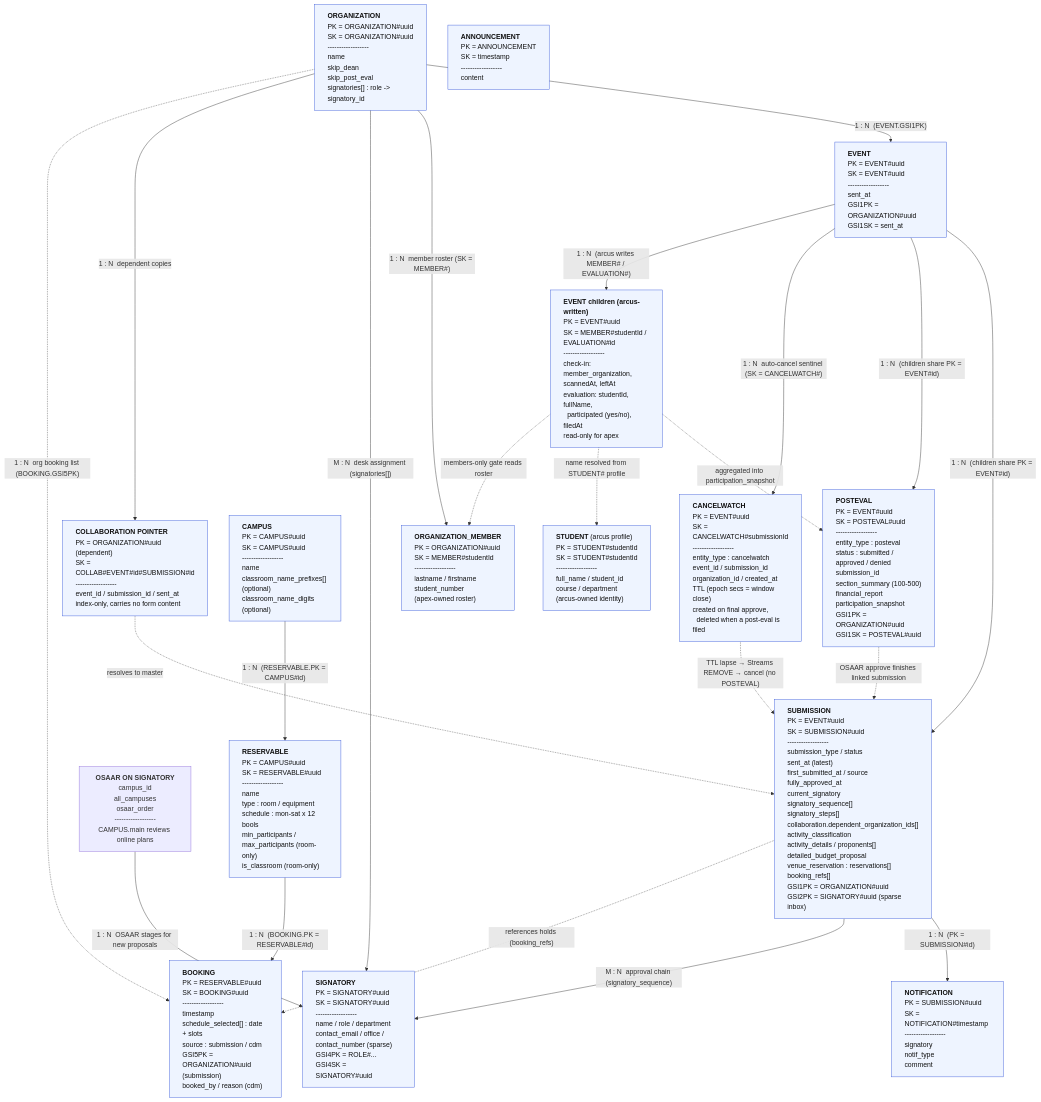
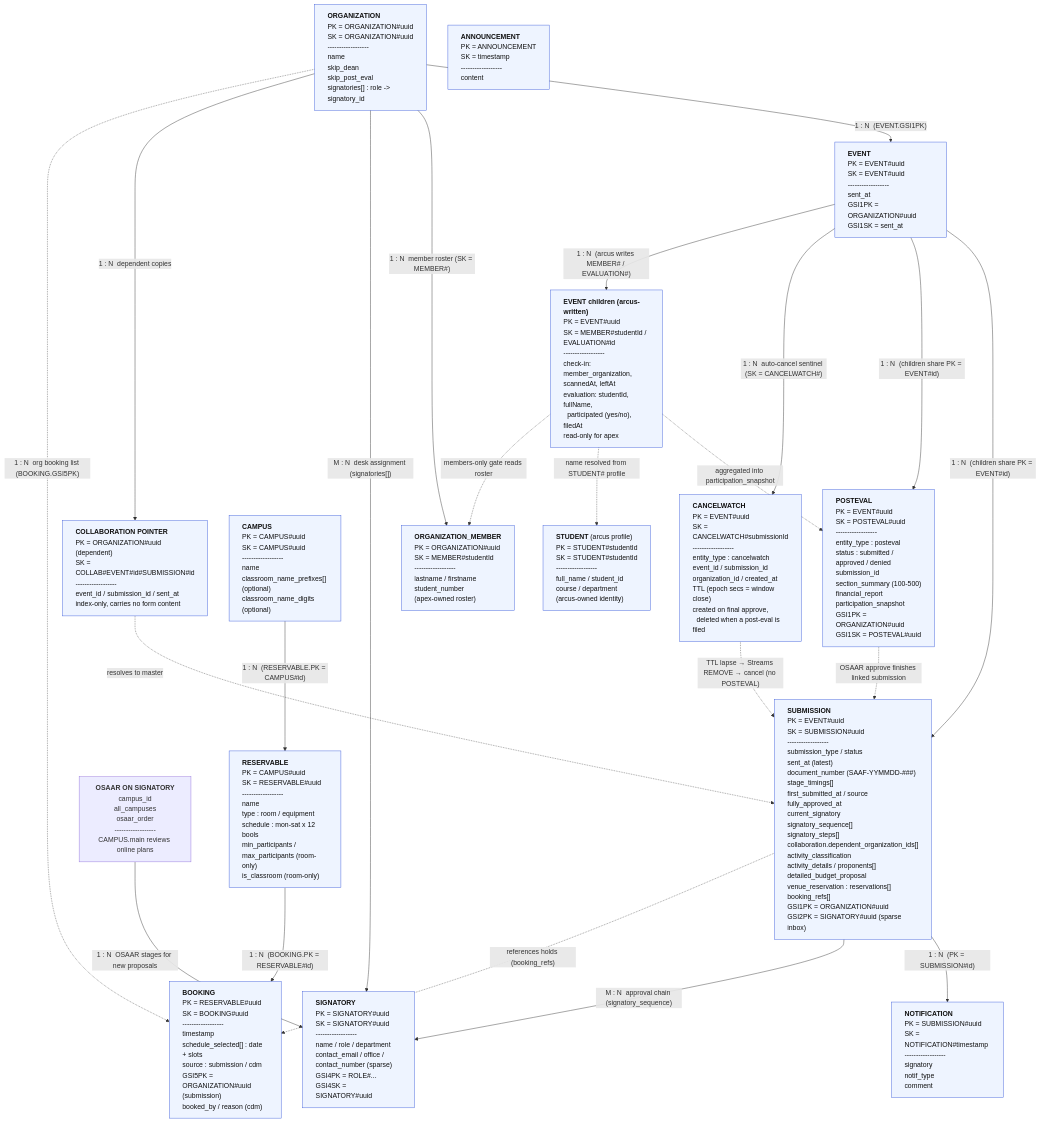
The diagram in docs/erd/erd.mmd (nomorepinto/mapua-apex), drawn with Mermaid before and after one commit. The commit also changed 30 other files, not shown here.

First line of the commit message:
Assign sequential SAAF document numbers and record per-desk turnaround.

```diff
--- a/docs/erd/erd.mmd
+++ b/docs/erd/erd.mmd
@@ -1,63 +1,63 @@
 %% mapua-apex - Conceptual ERD (DynamoDB single-table design)
 %% Laid out top-down (graph TD) so the diagram renders vertically and fits
 %% an 8.5x11 portrait page without horizontal cut-off.
 %% Relationships are LOGICAL only: DynamoDB stores no foreign keys, IDs are
 %% copied onto items and resolved at write time.
 %% DEADLINE REMINDER is intentionally omitted (deprecated: orphaned read path,
 %% no producer). See "DynamoDB Schema.txt" -> Deprecated / removed objects.
 graph TD
     ORGANIZATION["<b>ORGANIZATION</b><br/>PK = ORGANIZATION#uuid<br/>SK = ORGANIZATION#uuid<br/>------------------<br/>name<br/>skip_dean<br/>skip_post_eval<br/>signatories[] : role -&gt; signatory_id"]
 
     ORG_MEMBER["<b>ORGANIZATION_MEMBER</b><br/>PK = ORGANIZATION#uuid<br/>SK = MEMBER#studentId<br/>------------------<br/>lastname / firstname<br/>student_number<br/>(apex-owned roster)"]
 
     EVENT["<b>EVENT</b><br/>PK = EVENT#uuid<br/>SK = EVENT#uuid<br/>------------------<br/>sent_at<br/>GSI1PK = ORGANIZATION#uuid<br/>GSI1SK = sent_at"]
 
-    SUBMISSION["<b>SUBMISSION</b><br/>PK = EVENT#uuid<br/>SK = SUBMISSION#uuid<br/>------------------<br/>submission_type / status<br/>sent_at (latest)<br/>first_submitted_at / source<br/>fully_approved_at<br/>current_signatory<br/>signatory_sequence[]<br/>signatory_steps[]<br/>collaboration.dependent_organization_ids[]<br/>activity_classification<br/>activity_details / proponents[]<br/>detailed_budget_proposal<br/>venue_reservation : reservations[]<br/>booking_refs[]<br/>GSI1PK = ORGANIZATION#uuid<br/>GSI2PK = SIGNATORY#uuid (sparse inbox)"]
+    SUBMISSION["<b>SUBMISSION</b><br/>PK = EVENT#uuid<br/>SK = SUBMISSION#uuid<br/>------------------<br/>submission_type / status<br/>sent_at (latest)<br/>document_number (SAAF-YYMMDD-###)<br/>stage_timings[]<br/>first_submitted_at / source<br/>fully_approved_at<br/>current_signatory<br/>signatory_sequence[]<br/>signatory_steps[]<br/>collaboration.dependent_organization_ids[]<br/>activity_classification<br/>activity_details / proponents[]<br/>detailed_budget_proposal<br/>venue_reservation : reservations[]<br/>booking_refs[]<br/>GSI1PK = ORGANIZATION#uuid<br/>GSI2PK = SIGNATORY#uuid (sparse inbox)"]
     SETTINGS["<b>OSAAR ON SIGNATORY</b><br/>campus_id<br/>all_campuses<br/>osaar_order<br/>------------------<br/>CAMPUS.main reviews online plans"]
 
     NOTIFICATION["<b>NOTIFICATION</b><br/>PK = SUBMISSION#uuid<br/>SK = NOTIFICATION#timestamp<br/>------------------<br/>signatory<br/>notif_type<br/>comment"]
 
     SIGNATORY["<b>SIGNATORY</b><br/>PK = SIGNATORY#uuid<br/>SK = SIGNATORY#uuid<br/>------------------<br/>name / role / department<br/>contact_email / office / contact_number (sparse)<br/>GSI4PK = ROLE#...<br/>GSI4SK = SIGNATORY#uuid"]
 
     COLLAB["<b>COLLABORATION POINTER</b><br/>PK = ORGANIZATION#uuid (dependent)<br/>SK = COLLAB#EVENT#id#SUBMISSION#id<br/>------------------<br/>event_id / submission_id / sent_at<br/>index-only, carries no form content"]
 
     ANNOUNCEMENT["<b>ANNOUNCEMENT</b><br/>PK = ANNOUNCEMENT<br/>SK = timestamp<br/>------------------<br/>content"]
 
     CAMPUS["<b>CAMPUS</b><br/>PK = CAMPUS#uuid<br/>SK = CAMPUS#uuid<br/>------------------<br/>name<br/>classroom_name_prefixes[] (optional)<br/>classroom_name_digits (optional)"]
 
     RESERVABLE["<b>RESERVABLE</b><br/>PK = CAMPUS#uuid<br/>SK = RESERVABLE#uuid<br/>------------------<br/>name<br/>type : room / equipment<br/>schedule : mon-sat x 12 bools<br/>min_participants / max_participants (room-only)<br/>is_classroom (room-only)"]
 
     BOOKING["<b>BOOKING</b><br/>PK = RESERVABLE#uuid<br/>SK = BOOKING#uuid<br/>------------------<br/>timestamp<br/>schedule_selected[] : date + slots<br/>source : submission / cdm<br/>GSI5PK = ORGANIZATION#uuid (submission)<br/>booked_by / reason (cdm)"]
 
     POSTEVAL["<b>POSTEVAL</b><br/>PK = EVENT#uuid<br/>SK = POSTEVAL#uuid<br/>------------------<br/>entity_type : posteval<br/>status : submitted / approved / denied<br/>submission_id<br/>section_summary (100-500)<br/>financial_report<br/>participation_snapshot<br/>GSI1PK = ORGANIZATION#uuid<br/>GSI1SK = POSTEVAL#uuid"]
 
     CANCELWATCH["<b>CANCELWATCH</b><br/>PK = EVENT#uuid<br/>SK = CANCELWATCH#submissionId<br/>------------------<br/>entity_type : cancelwatch<br/>event_id / submission_id<br/>organization_id / created_at<br/>TTL (epoch secs = window close)<br/>created on final approve,<br/>&nbsp;&nbsp;deleted when a post-eval is filed"]
 
     ARCUS_CHILD["<b>EVENT children (arcus-written)</b><br/>PK = EVENT#uuid<br/>SK = MEMBER#studentId / EVALUATION#id<br/>------------------<br/>check-in: member_organization, scannedAt, leftAt<br/>evaluation: studentId, fullName,<br/>&nbsp;&nbsp;participated (yes/no), filedAt<br/>read-only for apex"]
 
     STUDENT["<b>STUDENT</b> (arcus profile)<br/>PK = STUDENT#studentId<br/>SK = STUDENT#studentId<br/>------------------<br/>full_name / student_id<br/>course / department<br/>(arcus-owned identity)"]
 
     ORGANIZATION -->|"1 : N &nbsp;(EVENT.GSI1PK)"| EVENT
     ORGANIZATION -->|"1 : N &nbsp;member roster (SK = MEMBER#)"| ORG_MEMBER
     EVENT -->|"1 : N &nbsp;(children share PK = EVENT#id)"| SUBMISSION
     SUBMISSION -->|"1 : N &nbsp;(PK = SUBMISSION#id)"| NOTIFICATION
     ORGANIZATION -->|"M : N &nbsp;desk assignment (signatories[])"| SIGNATORY
     SUBMISSION -->|"M : N &nbsp;approval chain (signatory_sequence)"| SIGNATORY
     SETTINGS -->|"1 : N &nbsp;OSAAR stages for new proposals"| SIGNATORY
     ORGANIZATION -->|"1 : N &nbsp;dependent copies"| COLLAB
     COLLAB -.->|"resolves to master"| SUBMISSION
     CAMPUS -->|"1 : N &nbsp;(RESERVABLE.PK = CAMPUS#id)"| RESERVABLE
     RESERVABLE -->|"1 : N &nbsp;(BOOKING.PK = RESERVABLE#id)"| BOOKING
     SUBMISSION -.->|"references holds (booking_refs)"| BOOKING
     ORGANIZATION -.->|"1 : N &nbsp;org booking list (BOOKING.GSI5PK)"| BOOKING
     EVENT -->|"1 : N &nbsp;(children share PK = EVENT#id)"| POSTEVAL
     EVENT -->|"1 : N &nbsp;auto-cancel sentinel (SK = CANCELWATCH#)"| CANCELWATCH
     CANCELWATCH -.->|"TTL lapse &rarr; Streams REMOVE &rarr; cancel (no POSTEVAL)"| SUBMISSION
     EVENT -->|"1 : N &nbsp;(arcus writes MEMBER# / EVALUATION#)"| ARCUS_CHILD
     POSTEVAL -.->|"OSAAR approve finishes linked submission"| SUBMISSION
     ARCUS_CHILD -.->|"aggregated into participation_snapshot"| POSTEVAL
     ARCUS_CHILD -.->|"name resolved from STUDENT# profile"| STUDENT
     ARCUS_CHILD -.->|"members-only gate reads roster"| ORG_MEMBER
 
     classDef entity fill:#eef4ff,stroke:#3b5bdb,stroke-width:1px,color:#111111,text-align:left;
     class ORGANIZATION,ORG_MEMBER,EVENT,SUBMISSION,NOTIFICATION,SIGNATORY,COLLAB,ANNOUNCEMENT,CAMPUS,RESERVABLE,BOOKING,POSTEVAL,CANCELWATCH,ARCUS_CHILD,STUDENT entity;
```
